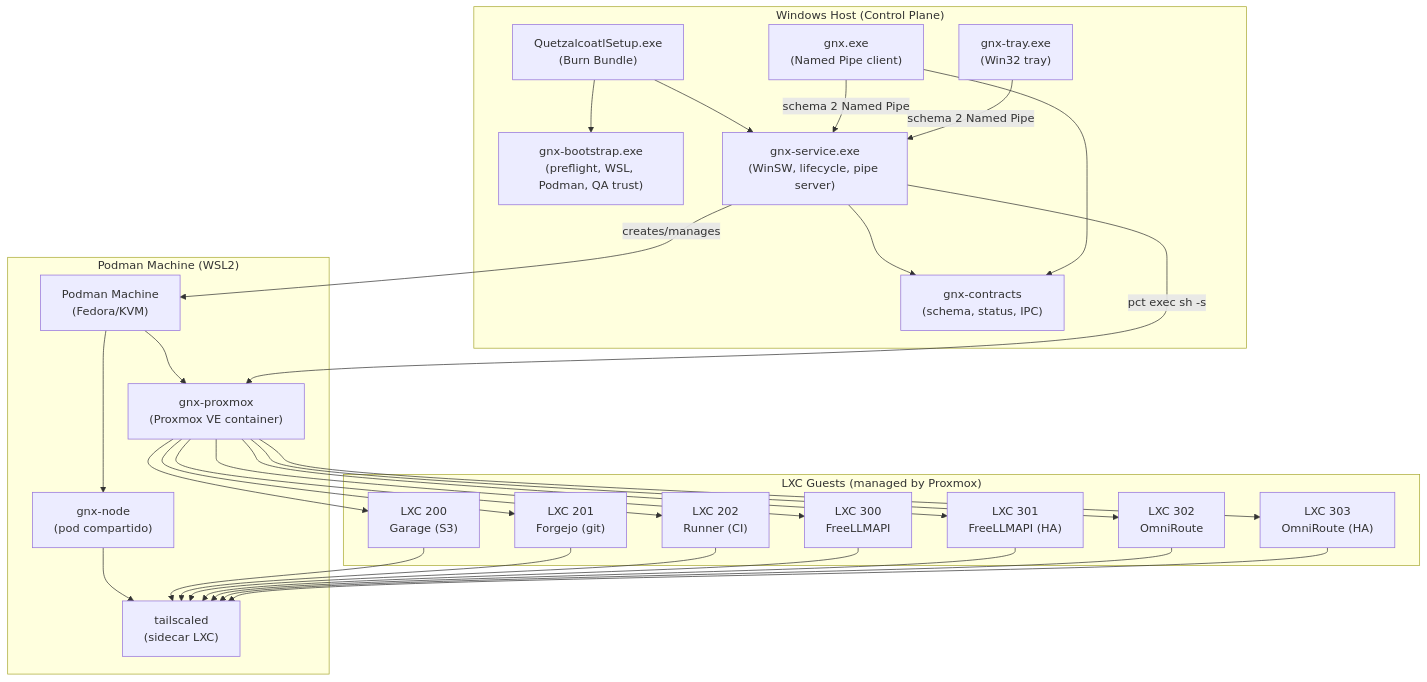
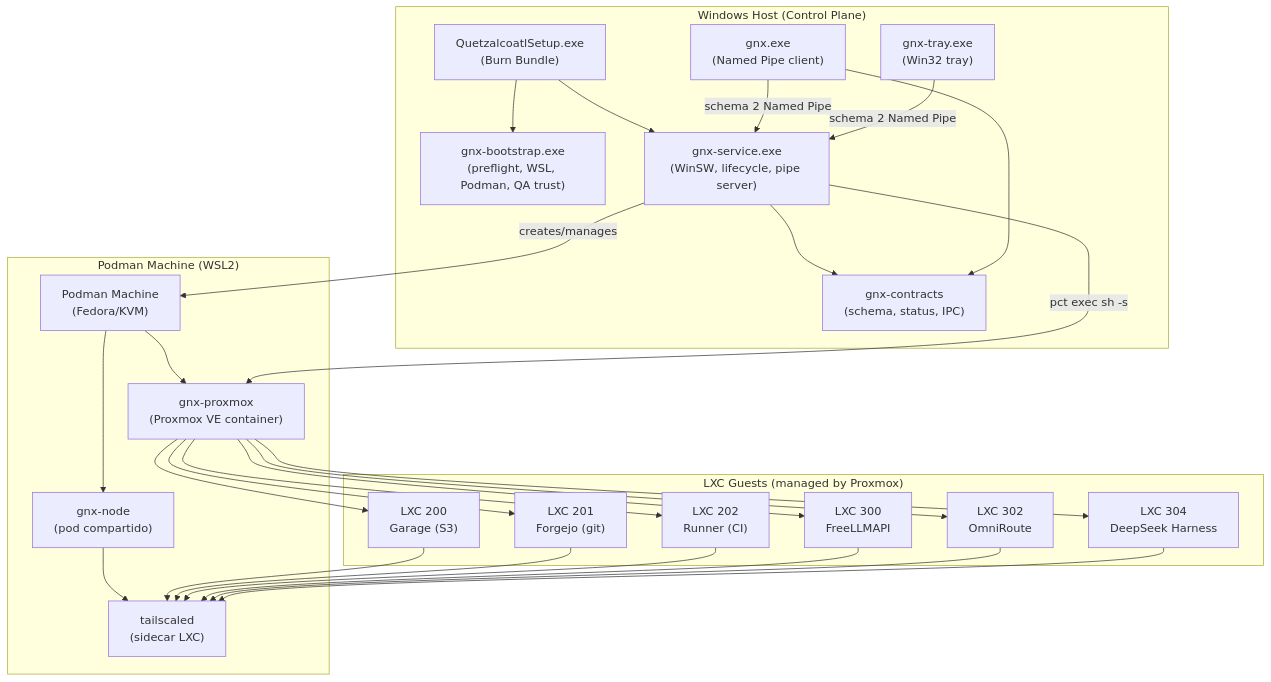
The first of 5 diagrams in docs/ARCHITECTURE.md (mayas-alas/quetzalcoatl), drawn with Mermaid before and after one commit. The commit also changed other lines of this file and 3 other files, not shown here.

````diff
--- a/docs/ARCHITECTURE.md
+++ b/docs/ARCHITECTURE.md
@@ -114,58 +114,55 @@
 ```mermaid
 graph TB
     subgraph "Windows Host (Control Plane)"
         Setup["QuetzalcoatlSetup.exe<br/>(Burn Bundle)"]
         Bootstrap["gnx-bootstrap.exe<br/>(preflight, WSL, Podman, QA trust)"]
         Service["gnx-service.exe<br/>(WinSW, lifecycle, pipe server)"]
         CLI["gnx.exe<br/>(Named Pipe client)"]
         Tray["gnx-tray.exe<br/>(Win32 tray)"]
         Contracts["gnx-contracts<br/>(schema, status, IPC)"]
 
         Setup --> Bootstrap
         Setup --> Service
         CLI -->|schema 2 Named Pipe| Service
         Tray -->|schema 2 Named Pipe| Service
         Service --> Contracts
         CLI --> Contracts
     end
 
     subgraph "Podman Machine (WSL2)"
         PM["Podman Machine<br/>(Fedora/KVM)"]
         Proxmox["gnx-proxmox<br/>(Proxmox VE container)"]
         NodePod["gnx-node<br/>(pod compartido)"]
         Tailscale["tailscaled<br/>(sidecar LXC)"]
 
         PM --> Proxmox
         PM --> NodePod
         NodePod --> Tailscale
     end
 
     Service -->|creates/manages| PM
     Service -->|pct exec sh -s| Proxmox
 
     subgraph "LXC Guests (managed by Proxmox)"
         LXC200["LXC 200<br/>Garage (S3)"]
         LXC201["LXC 201<br/>Forgejo (git)"]
         LXC202["LXC 202<br/>Runner (CI)"]
         LXC300["LXC 300<br/>FreeLLMAPI"]
-        LXC301["LXC 301<br/>FreeLLMAPI (HA)"]
         LXC302["LXC 302<br/>OmniRoute"]
-        LXC303["LXC 303<br/>OmniRoute (HA)"]
+        LXC304["LXC 304<br/>DeepSeek Harness"]
     end
 
     Proxmox --> LXC200
     Proxmox --> LXC201
     Proxmox --> LXC202
     Proxmox --> LXC300
-    Proxmox --> LXC301
     Proxmox --> LXC302
-    Proxmox --> LXC303
+    Proxmox --> LXC304
 
     LXC200 --> Tailscale
     LXC201 --> Tailscale
     LXC202 --> Tailscale
     LXC300 --> Tailscale
-    LXC301 --> Tailscale
     LXC302 --> Tailscale
-    LXC303 --> Tailscale
+    LXC304 --> Tailscale
 ```
````
